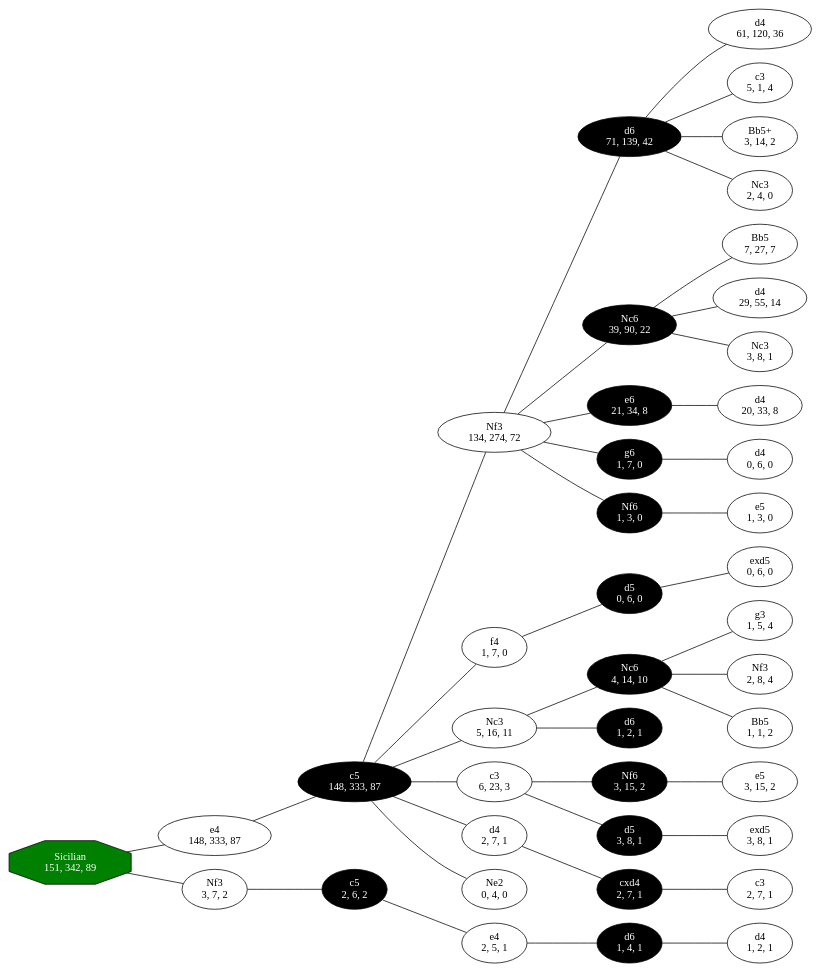
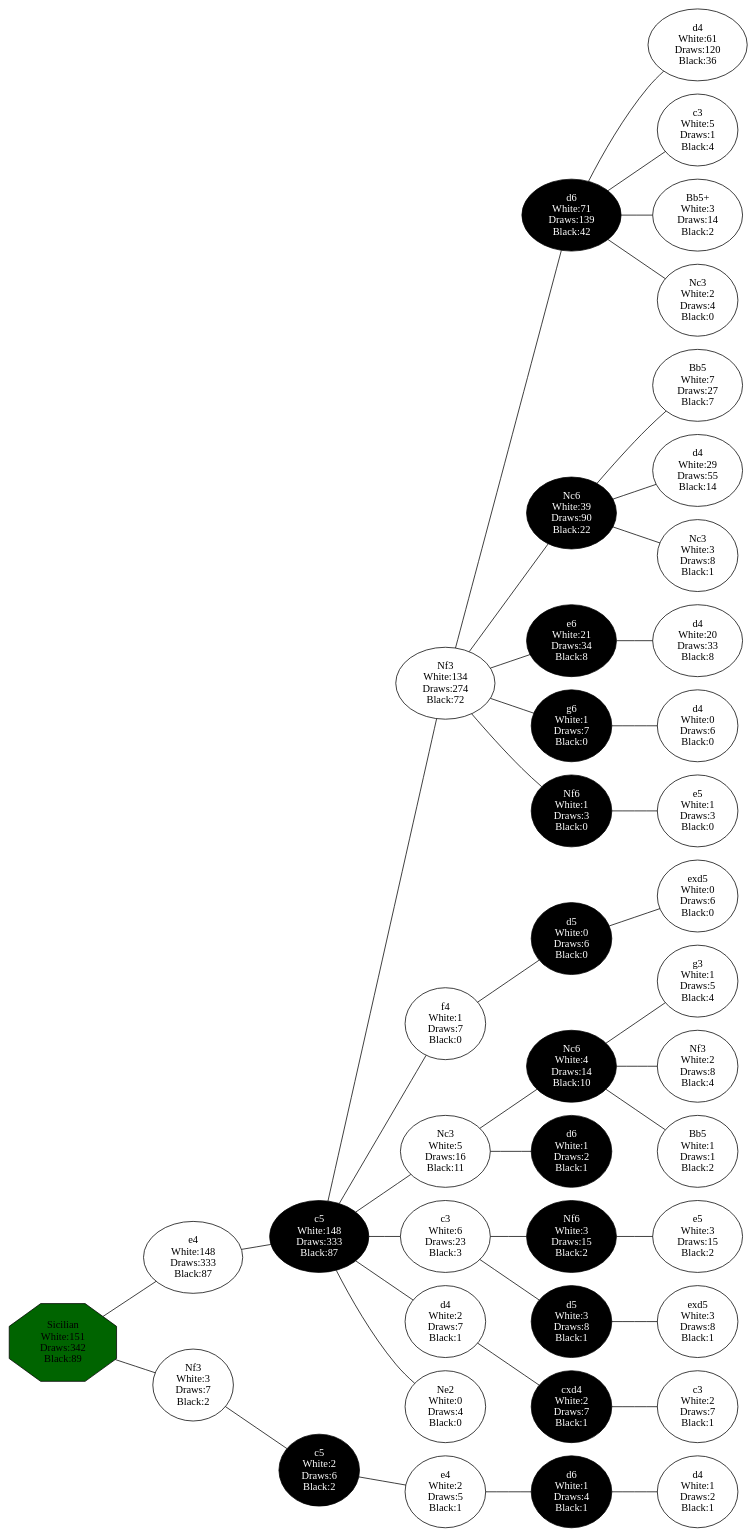
Before and after one commit to torbvat/PerfEngAssignment2: the diagram in Datafiles/SicilianOpening.dot, drawn with Graphviz. The commit also changed 25 other files, not shown here.

```diff
--- a/Datafiles/SicilianOpening.dot
+++ b/Datafiles/SicilianOpening.dot
@@ -1,89 +1,173 @@
 graph ChessOpenings {
 	rankdir="LR";
 	0 [label = "Sicilian
-151, 342, 89", style = filled, fillcolor = black, fontcolor = white]; 
+White:151
+Draws:342
+Black:89", style = filled, fillcolor = black, fontcolor = white]; 
 	1 [label = "e4
-148, 333, 87"]; 
+White:148
+Draws:333
+Black:87"]; 
 	2 [label = "c5
-148, 333, 87", style = filled, fillcolor = black, fontcolor = white]; 
+White:148
+Draws:333
+Black:87", style = filled, fillcolor = black, fontcolor = white]; 
 	3 [label = "Nf3
-134, 274, 72"]; 
+White:134
+Draws:274
+Black:72"]; 
 	4 [label = "d6
-71, 139, 42", style = filled, fillcolor = black, fontcolor = white]; 
+White:71
+Draws:139
+Black:42", style = filled, fillcolor = black, fontcolor = white]; 
 	5 [label = "d4
-61, 120, 36"]; 
+White:61
+Draws:120
+Black:36"]; 
 	6 [label = "Nc6
-39, 90, 22", style = filled, fillcolor = black, fontcolor = white]; 
+White:39
+Draws:90
+Black:22", style = filled, fillcolor = black, fontcolor = white]; 
 	7 [label = "Bb5
-7, 27, 7"]; 
+White:7
+Draws:27
+Black:7"]; 
 	8 [label = "f4
-1, 7, 0"]; 
+White:1
+Draws:7
+Black:0"]; 
 	9 [label = "d5
-0, 6, 0", style = filled, fillcolor = black, fontcolor = white]; 
+White:0
+Draws:6
+Black:0", style = filled, fillcolor = black, fontcolor = white]; 
 	10 [label = "exd5
-0, 6, 0"]; 
+White:0
+Draws:6
+Black:0"]; 
 	11 [label = "d4
-29, 55, 14"]; 
+White:29
+Draws:55
+Black:14"]; 
 	12 [label = "c3
-5, 1, 4"]; 
+White:5
+Draws:1
+Black:4"]; 
 	13 [label = "e6
-21, 34, 8", style = filled, fillcolor = black, fontcolor = white]; 
+White:21
+Draws:34
+Black:8", style = filled, fillcolor = black, fontcolor = white]; 
 	14 [label = "d4
-20, 33, 8"]; 
+White:20
+Draws:33
+Black:8"]; 
 	15 [label = "Bb5+
-3, 14, 2"]; 
+White:3
+Draws:14
+Black:2"]; 
 	16 [label = "Nc3
-5, 16, 11"]; 
+White:5
+Draws:16
+Black:11"]; 
 	17 [label = "Nc6
-4, 14, 10", style = filled, fillcolor = black, fontcolor = white]; 
+White:4
+Draws:14
+Black:10", style = filled, fillcolor = black, fontcolor = white]; 
 	18 [label = "g3
-1, 5, 4"]; 
+White:1
+Draws:5
+Black:4"]; 
 	19 [label = "Nf3
-2, 8, 4"]; 
+White:2
+Draws:8
+Black:4"]; 
 	20 [label = "c3
-6, 23, 3"]; 
+White:6
+Draws:23
+Black:3"]; 
 	21 [label = "Nf6
-3, 15, 2", style = filled, fillcolor = black, fontcolor = white]; 
+White:3
+Draws:15
+Black:2", style = filled, fillcolor = black, fontcolor = white]; 
 	22 [label = "e5
-3, 15, 2"]; 
+White:3
+Draws:15
+Black:2"]; 
 	23 [label = "Bb5
-1, 1, 2"]; 
+White:1
+Draws:1
+Black:2"]; 
 	24 [label = "Nf3
-3, 7, 2"]; 
+White:3
+Draws:7
+Black:2"]; 
 	25 [label = "c5
-2, 6, 2", style = filled, fillcolor = black, fontcolor = white]; 
+White:2
+Draws:6
+Black:2", style = filled, fillcolor = black, fontcolor = white]; 
 	26 [label = "e4
-2, 5, 1"]; 
+White:2
+Draws:5
+Black:1"]; 
 	27 [label = "d6
-1, 4, 1", style = filled, fillcolor = black, fontcolor = white]; 
+White:1
+Draws:4
+Black:1", style = filled, fillcolor = black, fontcolor = white]; 
 	28 [label = "d4
-1, 2, 1"]; 
+White:1
+Draws:2
+Black:1"]; 
 	29 [label = "d4
-2, 7, 1"]; 
+White:2
+Draws:7
+Black:1"]; 
 	30 [label = "cxd4
-2, 7, 1", style = filled, fillcolor = black, fontcolor = white]; 
+White:2
+Draws:7
+Black:1", style = filled, fillcolor = black, fontcolor = white]; 
 	31 [label = "c3
-2, 7, 1"]; 
+White:2
+Draws:7
+Black:1"]; 
 	34 [label = "d5
-3, 8, 1", style = filled, fillcolor = black, fontcolor = white]; 
+White:3
+Draws:8
+Black:1", style = filled, fillcolor = black, fontcolor = white]; 
 	35 [label = "exd5
-3, 8, 1"]; 
+White:3
+Draws:8
+Black:1"]; 
 	36 [label = "g6
-1, 7, 0", style = filled, fillcolor = black, fontcolor = white]; 
+White:1
+Draws:7
+Black:0", style = filled, fillcolor = black, fontcolor = white]; 
 	37 [label = "d4
-0, 6, 0"]; 
+White:0
+Draws:6
+Black:0"]; 
 	38 [label = "Nc3
-3, 8, 1"]; 
+White:3
+Draws:8
+Black:1"]; 
 	40 [label = "Nc3
-2, 4, 0"]; 
+White:2
+Draws:4
+Black:0"]; 
 	41 [label = "d6
-1, 2, 1", style = filled, fillcolor = black, fontcolor = white]; 
+White:1
+Draws:2
+Black:1", style = filled, fillcolor = black, fontcolor = white]; 
 	53 [label = "Nf6
-1, 3, 0", style = filled, fillcolor = black, fontcolor = white]; 
+White:1
+Draws:3
+Black:0", style = filled, fillcolor = black, fontcolor = white]; 
 	54 [label = "e5
-1, 3, 0"]; 
+White:1
+Draws:3
+Black:0"]; 
 	61 [label = "Ne2
-0, 4, 0"]; 
+White:0
+Draws:4
+Black:0"]; 
 	0 -- 1;
 	1 -- 2;
 	2 -- 3;
@@ -126,5 +210,7 @@
 	53 -- 54;
 	2 -- 61;
 	0 [label = "Sicilian
-151, 342, 89", shape = octagon, style = filled, fillcolor = green, fontcolor = white]; 
+White:151
+Draws:342
+Black:89", shape = octagon, style = filled, fillcolor = darkgreen, fontcolor = black]; 
 }
```
